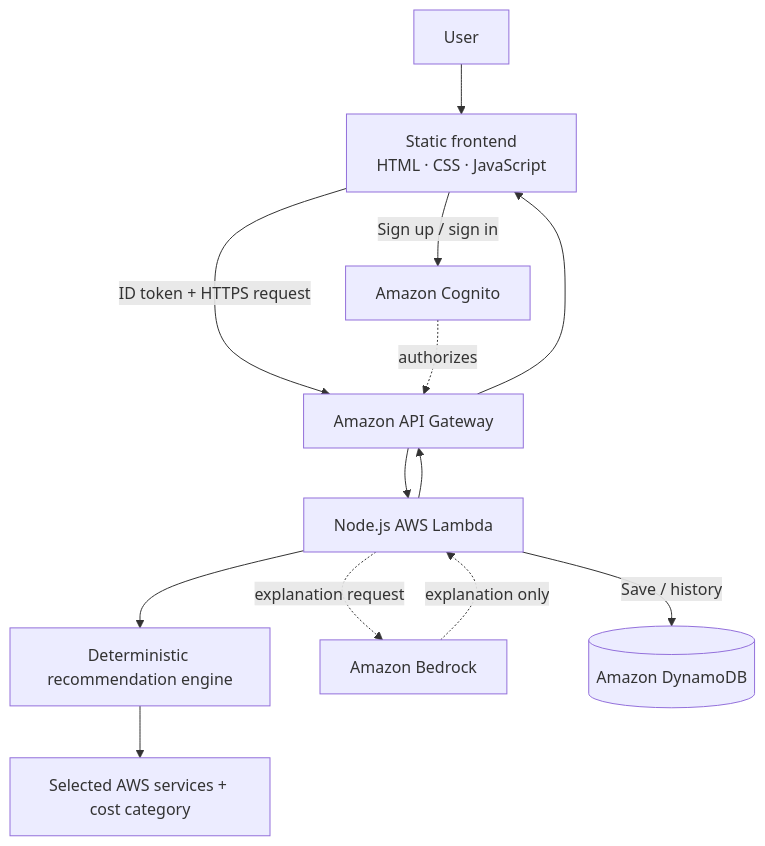
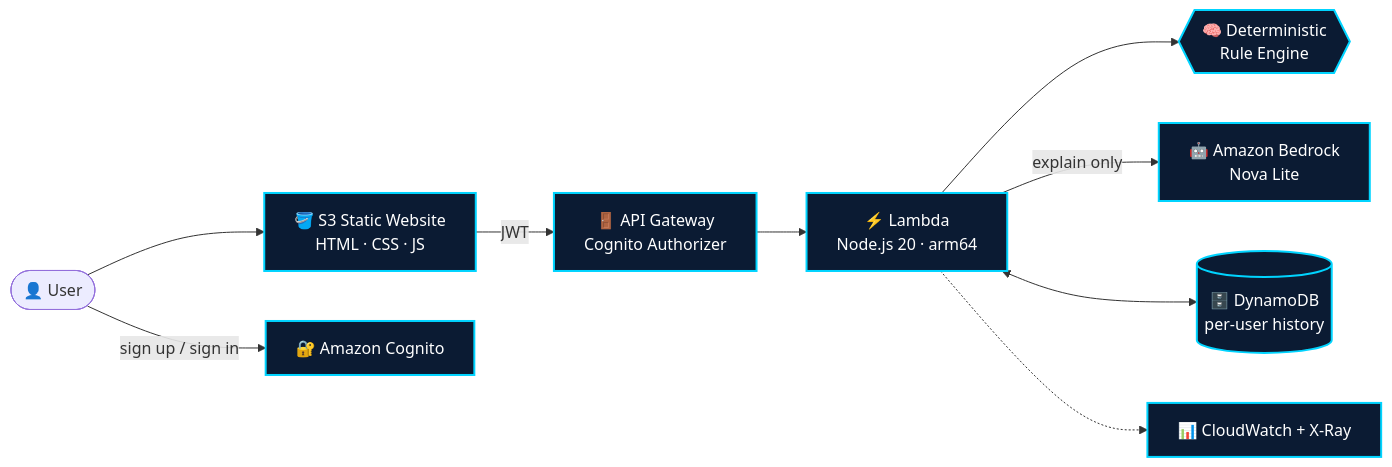
One commit to adarshmuchatte-lang/cloudarchitect-ai changed the first of 2 diagrams in README.md. Above: the diagram before and after it, drawn with Mermaid. The commit also changed other lines of this file, not shown here.

````diff
--- a/README.md
+++ b/README.md
@@ -82,15 +66,14 @@
 ```mermaid
-flowchart TD
-    U[User] --> FE[Static frontend<br/>HTML · CSS · JavaScript]
-    FE -->|Sign up / sign in| COG[Amazon Cognito]
-    FE -->|ID token + HTTPS request| API[Amazon API Gateway]
-    COG -. authorizes .-> API
-    API --> L[Node.js AWS Lambda]
-    L --> R[Deterministic recommendation engine]
-    R --> OUT[Selected AWS services + cost category]
-    L -. explanation request .-> BR[Amazon Bedrock]
-    BR -. explanation only .-> L
-    L -->|Save / history| DDB[(Amazon DynamoDB)]
-    L --> API
-    API --> FE
+flowchart LR
+    U([👤 User]) --> S3W[🪣 S3 Static Website<br/>HTML · CSS · JS]
+    U -- sign up / sign in --> COG[🔐 Amazon Cognito]
+    S3W -- JWT --> APIGW[🚪 API Gateway<br/>Cognito Authorizer]
+    APIGW --> LAM[⚡ Lambda<br/>Node.js 20 · arm64]
+    LAM --> ENG{{🧠 Deterministic<br/>Rule Engine}}
+    LAM -- explain only --> BR[🤖 Amazon Bedrock<br/>Nova Lite]
+    LAM <--> DDB[(🗄️ DynamoDB<br/>per-user history)]
+    LAM -.-> CW[📊 CloudWatch + X-Ray]
+
+    classDef aws fill:#0B1B33,stroke:#00D4FF,color:#fff,stroke-width:2px;
+    class S3W,COG,APIGW,LAM,BR,DDB,CW,ENG aws;
 ```
````
